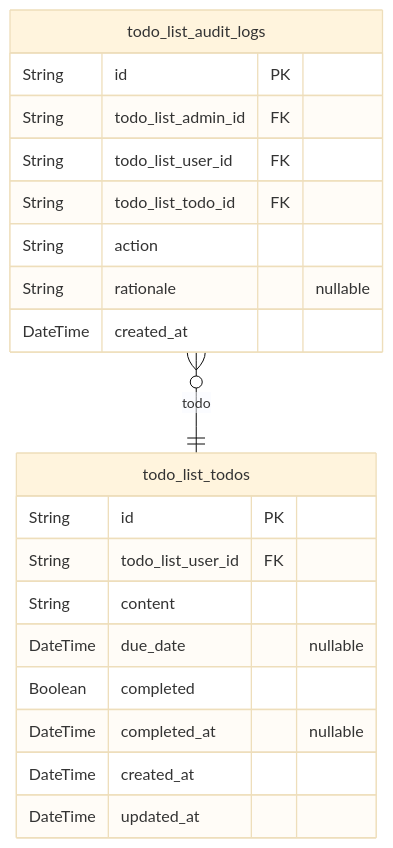
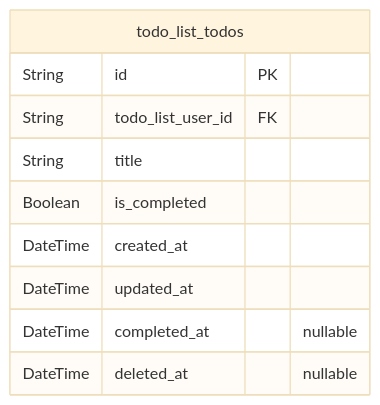
One commit to wrtnlabs/autobe-example-todo-openai-gpt-4.1 changed the second of 2 diagrams in docs/ERD.md. Above: the diagram before and after it, drawn with Mermaid (base theme). The commit also changed other lines of this file and 127 other files, not shown here.

````diff
--- a/docs/ERD.md
+++ b/docs/ERD.md
@@ -126,23 +72,13 @@
 ```mermaid
 erDiagram
 "todo_list_todos" {
   String id PK
   String todo_list_user_id FK
-  String content
-  DateTime due_date "nullable"
-  Boolean completed
-  DateTime completed_at "nullable"
+  String title
+  Boolean is_completed
   DateTime created_at
   DateTime updated_at
+  DateTime completed_at "nullable"
+  DateTime deleted_at "nullable"
 }
-"todo_list_audit_logs" {
-  String id PK
-  String todo_list_admin_id FK
-  String todo_list_user_id FK
-  String todo_list_todo_id FK
-  String action
-  String rationale "nullable"
-  DateTime created_at
-}
-"todo_list_audit_logs" }o--|| "todo_list_todos" : todo
 ```
````
